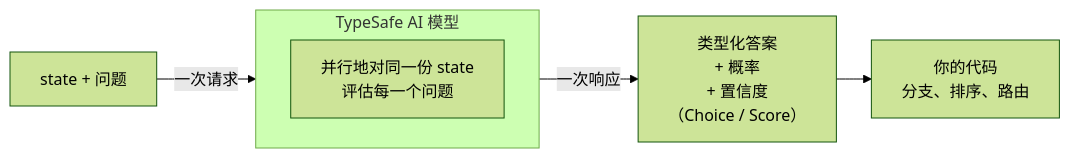
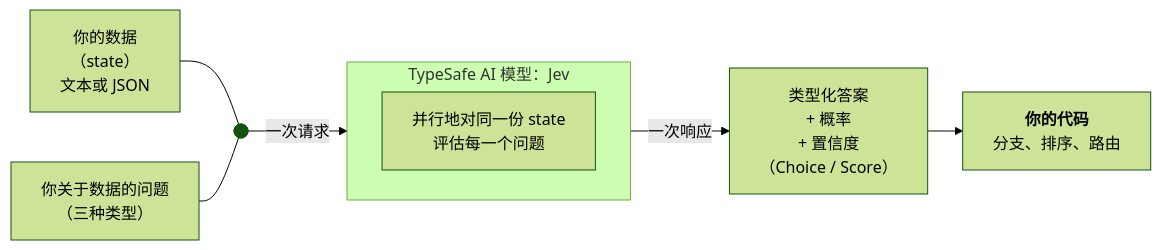
The diagram in src/content/zh/introduction.md (gradient30/typesafe-handbook), drawn with Mermaid (forest theme) before and after one commit. The commit also changed other lines of this file and 1 other file, not shown here.

Commit message:
chore: 例行汉化（1 页）

````diff
--- a/src/content/zh/introduction.md
+++ b/src/content/zh/introduction.md
@@ -9,13 +9,18 @@
 ```mermaid
 %%{init: {"fontFamily": "IBM Plex Sans, Noto Sans SC, sans-serif", "flowchart": {"rankSpacing": 35, "wrappingWidth": 280}}}%%
 flowchart LR
-    input["state + 问题"]
+    state["你的数据<br/>（state）<br/>文本或 JSON"]
+    questions["你关于数据的问题<br/>（三种类型）"]
 
-    subgraph model["TypeSafe AI 模型"]
+    join@{ shape: f-circ }
+
+    subgraph model["TypeSafe AI 模型：Jev"]
         evaluate["并行地对同一份 state<br/>评估每一个问题"]
     end
 
-    input -- "一次请求" --> model
+    state --- join
+    questions --- join
+    join -- "一次请求" --> model
     model -- "一次响应" --> answers["类型化答案<br/>+ 概率<br/>+ 置信度<br/>（Choice / Score）"]
-    answers --> code["你的代码<br/>分支、排序、路由"]
+    answers --> code["<b>你的代码</b><br/>分支、排序、路由"]
 ```
````
